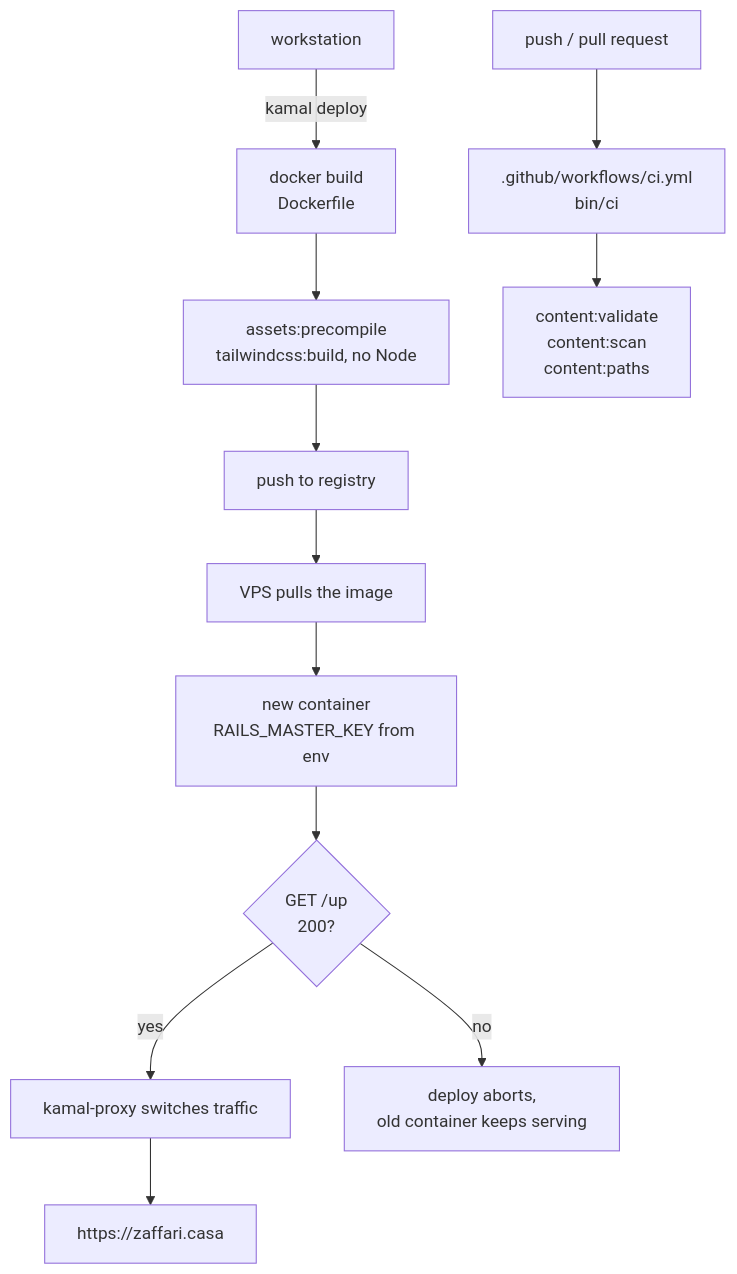
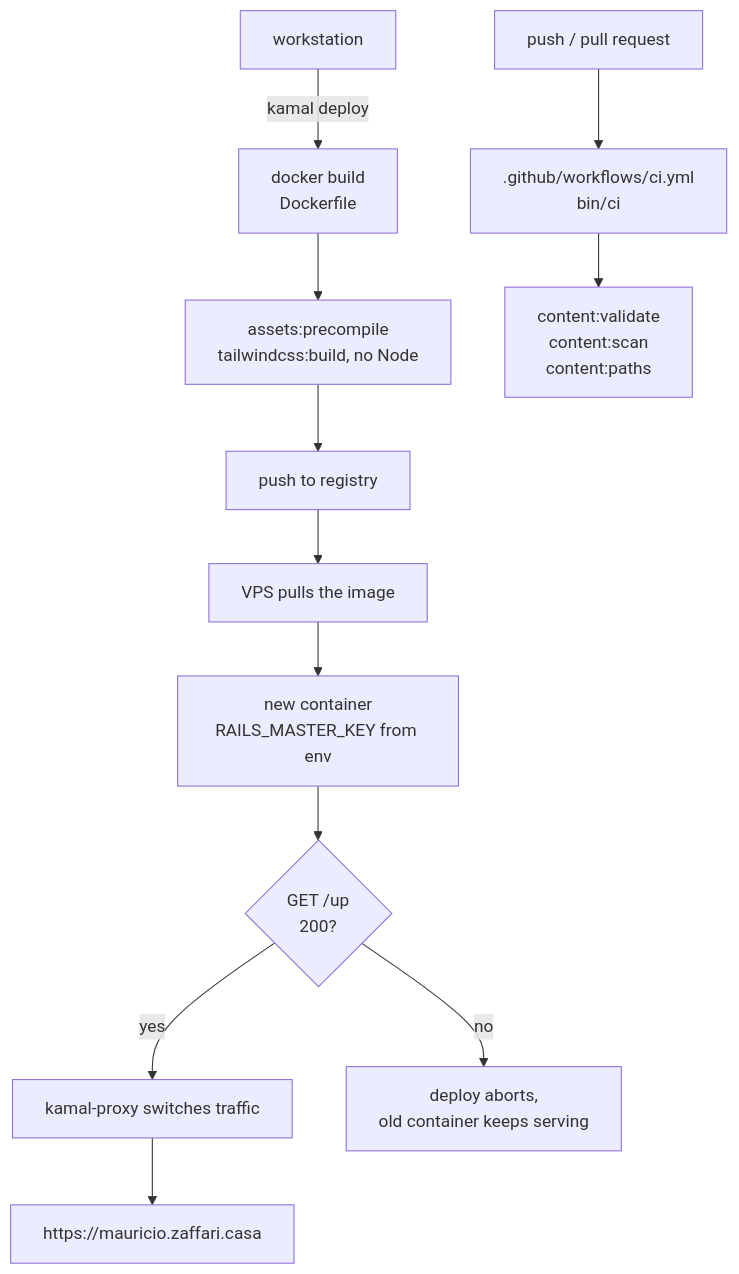
Before and after one commit to mauriciozaffari/portfolio: the diagram in features/deployment/IMPLEMENTATION.md, drawn with Mermaid. The commit also changed other lines of this file and 15 other files, not shown here.

First line of the commit message:
Point the canonical origin at mauricio.zaffari.casa

````diff
--- a/features/deployment/IMPLEMENTATION.md
+++ b/features/deployment/IMPLEMENTATION.md
@@ -21,14 +21,14 @@
 ```mermaid
 flowchart TD
   DEV["workstation"] -->|kamal deploy| BUILD["docker build<br/>Dockerfile"]
   BUILD --> ASSETS["assets:precompile<br/>tailwindcss:build, no Node"]
   ASSETS --> PUSH["push to registry"]
   PUSH --> PULL["VPS pulls the image"]
   PULL --> NEW["new container<br/>RAILS_MASTER_KEY from env"]
   NEW --> HC{"GET /up<br/>200?"}
   HC -->|yes| SWAP["kamal-proxy switches traffic"]
   HC -->|no| ABORT["deploy aborts,<br/>old container keeps serving"]
-  SWAP --> LIVE["https://zaffari.casa"]
+  SWAP --> LIVE["https://mauricio.zaffari.casa"]
   GH["push / pull request"] --> CI[".github/workflows/ci.yml<br/>bin/ci"]
   CI --> GATE["content:validate<br/>content:scan<br/>content:paths"]
 ```
````
